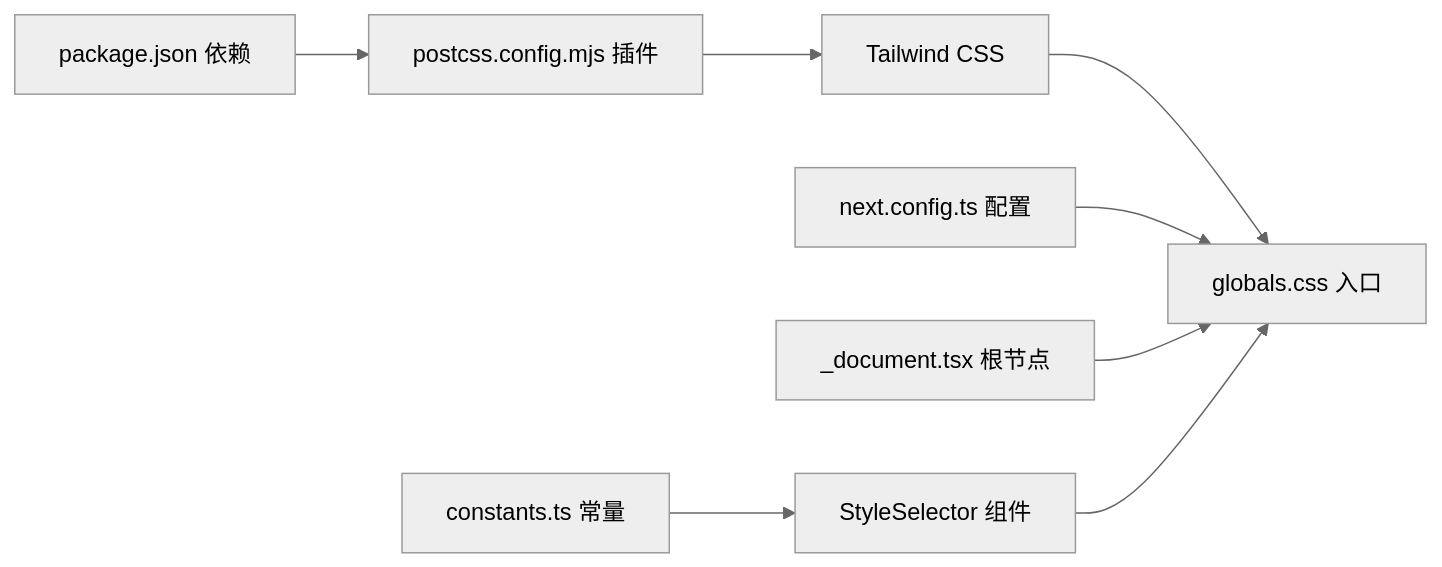
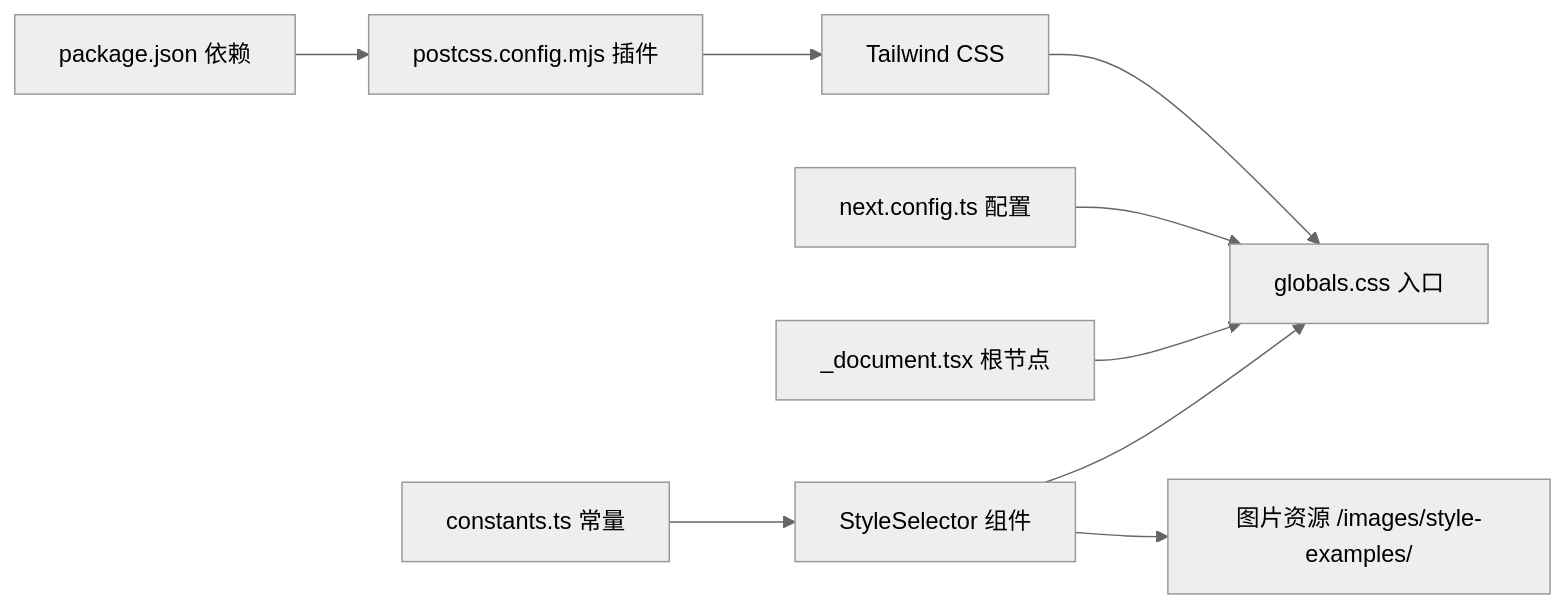
Before and after one commit to lyl2021/waoowaoo: the eighth of 8 diagrams in .qoder/repowiki/zh/content/前端组件架构/样式与主题.md, drawn with Mermaid (neutral theme). The commit also changed other lines of this file and 41 other files, not shown here.

````diff
--- a/.qoder/repowiki/zh/content/前端组件架构/样式与主题.md
+++ b/.qoder/repowiki/zh/content/前端组件架构/样式与主题.md
@@ -369,10 +384,11 @@
 ```mermaid
 graph LR
 Pkg["package.json 依赖"] --> Post["postcss.config.mjs 插件"]
 Post --> Tw["Tailwind CSS"]
 Tw --> Glob["globals.css 入口"]
 NextCfg["next.config.ts 配置"] --> Glob
 Doc["_document.tsx 根节点"] --> Glob
 Const["constants.ts 常量"] --> StyleSel["StyleSelector 组件"]
 StyleSel --> Glob
+StyleSel --> ImgRes["图片资源 /images/style-examples/"]
 ```
````
